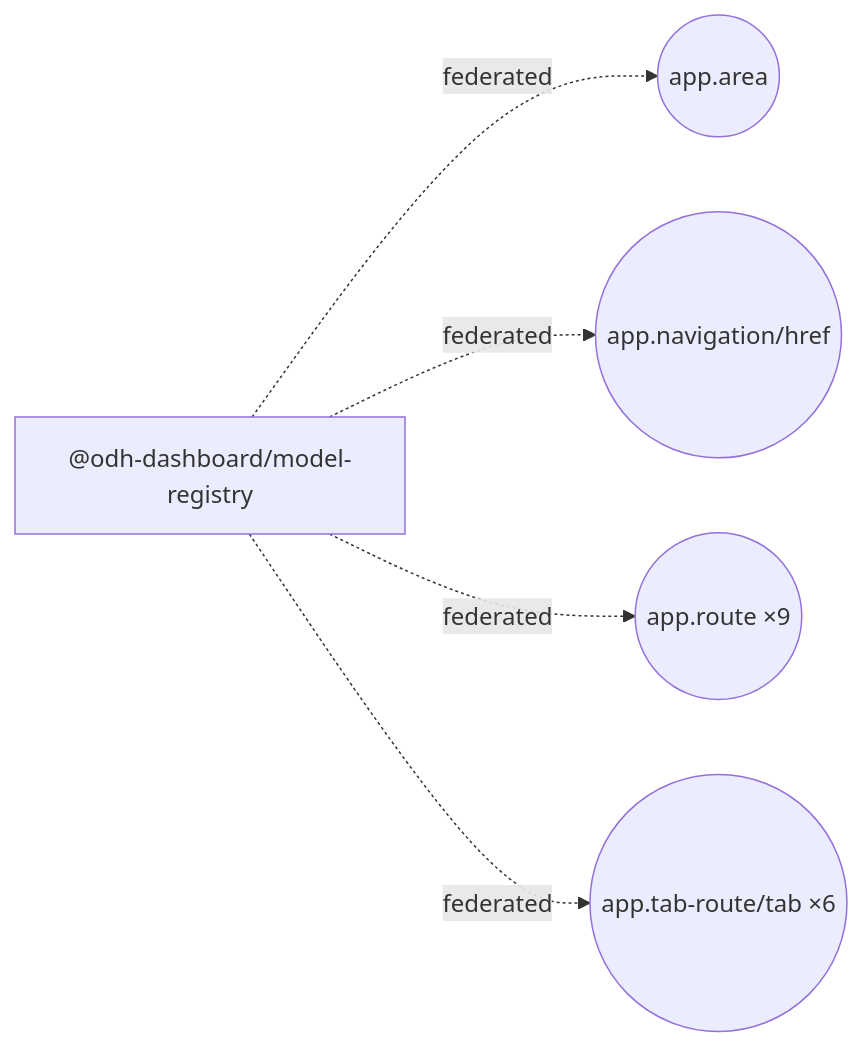
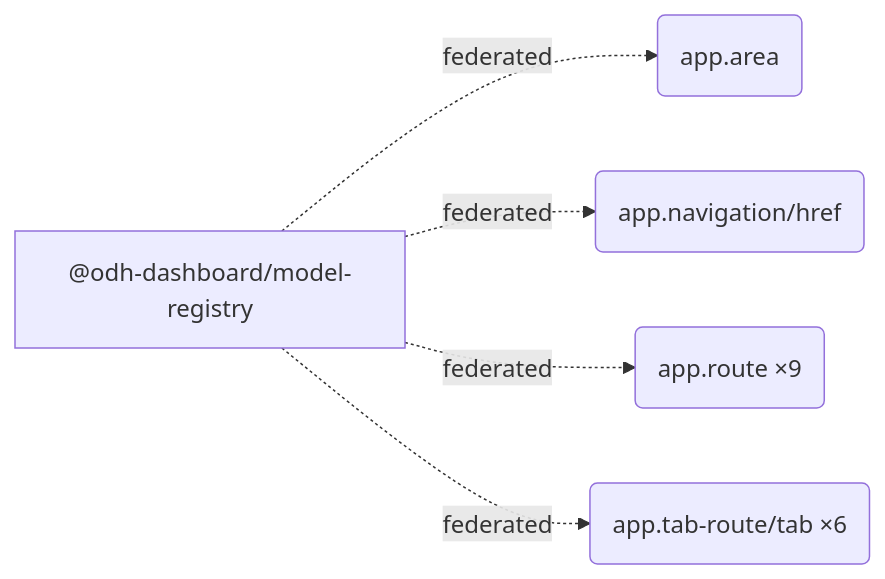
Before and after one commit to mturley/odh-dashboard: the first of 5 diagrams in packages/model-registry/docs/extensions.md, drawn with Mermaid. The commit also changed other lines of this file and 24 other files, not shown here.

````diff
--- a/packages/model-registry/docs/extensions.md
+++ b/packages/model-registry/docs/extensions.md
@@ -159,12 +159,12 @@
 ```mermaid
 flowchart LR
   pkg_n__odh_dashboard_model_registry_92e561["@odh-dashboard/model-registry"]
-  point_n_app_area_bcfe23(("app.area"))
+  point_n_app_area_bcfe23("app.area")
   pkg_n__odh_dashboard_model_registry_92e561 -. "federated" .-> point_n_app_area_bcfe23
-  point_n_app_navigation_href_67179c(("app.navigation/href"))
+  point_n_app_navigation_href_67179c("app.navigation/href")
   pkg_n__odh_dashboard_model_registry_92e561 -. "federated" .-> point_n_app_navigation_href_67179c
-  point_n_app_route_2735df(("app.route ×9"))
+  point_n_app_route_2735df("app.route ×9")
   pkg_n__odh_dashboard_model_registry_92e561 -. "federated" .-> point_n_app_route_2735df
-  point_n_app_tab_route_tab_10b1cd(("app.tab-route/tab ×6"))
+  point_n_app_tab_route_tab_10b1cd("app.tab-route/tab ×6")
   pkg_n__odh_dashboard_model_registry_92e561 -. "federated" .-> point_n_app_tab_route_tab_10b1cd
 ```
````
